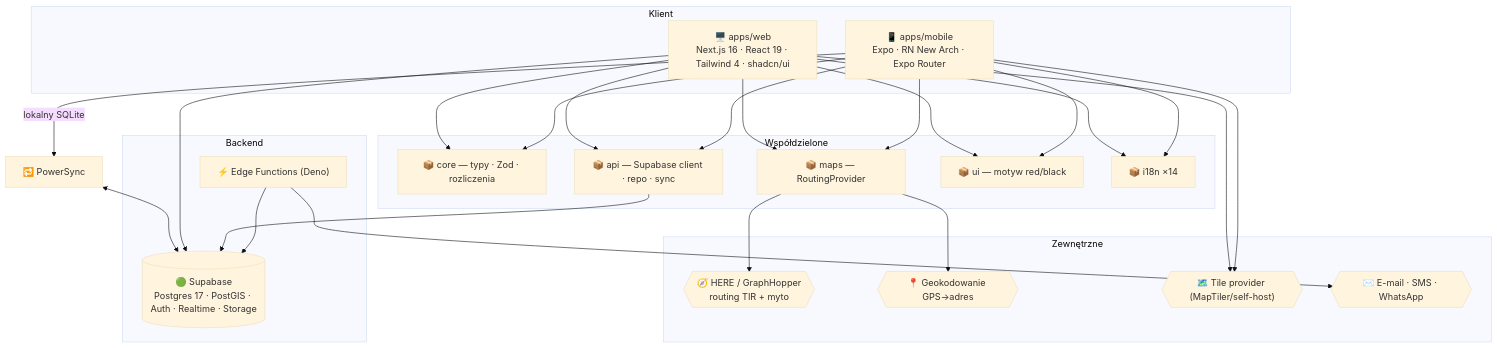
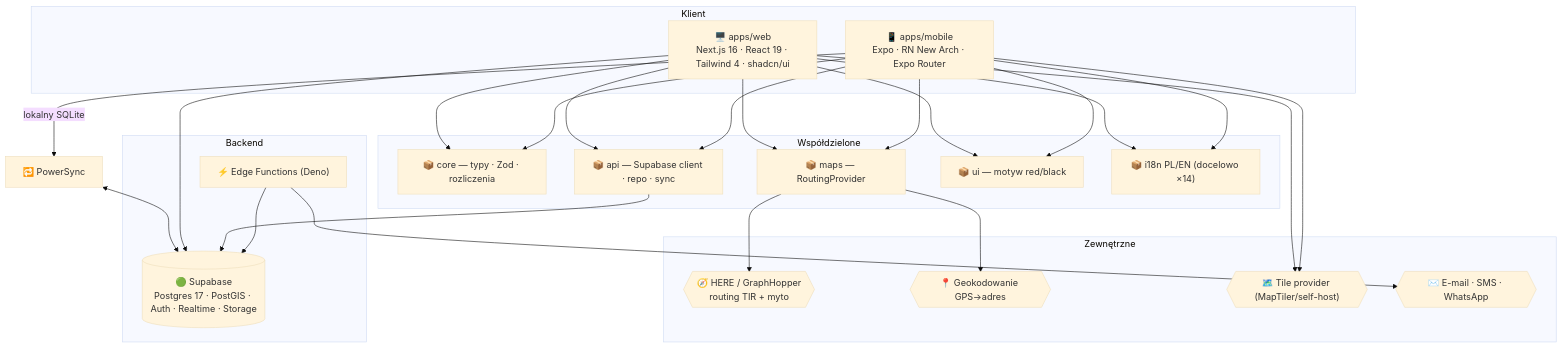
The first of 2 diagrams in docs/ARCHITECTURE.md (Gh0s777tt/E-Map), drawn with Mermaid (base theme) before and after one commit. The commit also changed other lines of this file and 5 other files, not shown here.

First line of the commit message:
docs: aktualizacja DATA-MODEL i ARCHITECTURE do v1.4.0 [#139]

````diff
--- a/docs/ARCHITECTURE.md
+++ b/docs/ARCHITECTURE.md
@@ -52,36 +53,36 @@
 ```mermaid
 flowchart TB
   subgraph Klient
     WEB["🖥️ apps/web<br/>Next.js 16 · React 19 · Tailwind 4 · shadcn/ui"]
     MOB["📱 apps/mobile<br/>Expo · RN New Arch · Expo Router"]
   end
   subgraph Współdzielone
     CORE["📦 core — typy · Zod · rozliczenia"]
     API["📦 api — Supabase client · repo · sync"]
     MAPS["📦 maps — RoutingProvider"]
     UI["📦 ui — motyw red/black"]
-    I18N["📦 i18n ×14"]
+    I18N["📦 i18n PL/EN (docelowo ×14)"]
   end
   subgraph Backend
     SB[("🟢 Supabase<br/>Postgres 17 · PostGIS · Auth · Realtime · Storage")]
     EDGE["⚡ Edge Functions (Deno)"]
   end
   subgraph Zewnętrzne
     ROUTE{{"🧭 HERE / GraphHopper<br/>routing TIR + myto"}}
     GEO{{"📍 Geokodowanie GPS→adres"}}
     TILES{{"🗺️ Tile provider (MapTiler/self-host)"}}
     MSG{{"✉️ E-mail · SMS · WhatsApp"}}
   end
 
   WEB --> CORE & API & MAPS & UI & I18N
   MOB --> CORE & API & MAPS & UI & I18N
   MOB -->|lokalny SQLite| PS["🔁 PowerSync"]
   PS <--> SB
   WEB --> SB
   API --> SB
   EDGE --> SB
   MAPS --> ROUTE
   MAPS --> GEO
   WEB & MOB --> TILES
   EDGE --> MSG
 ```
````
